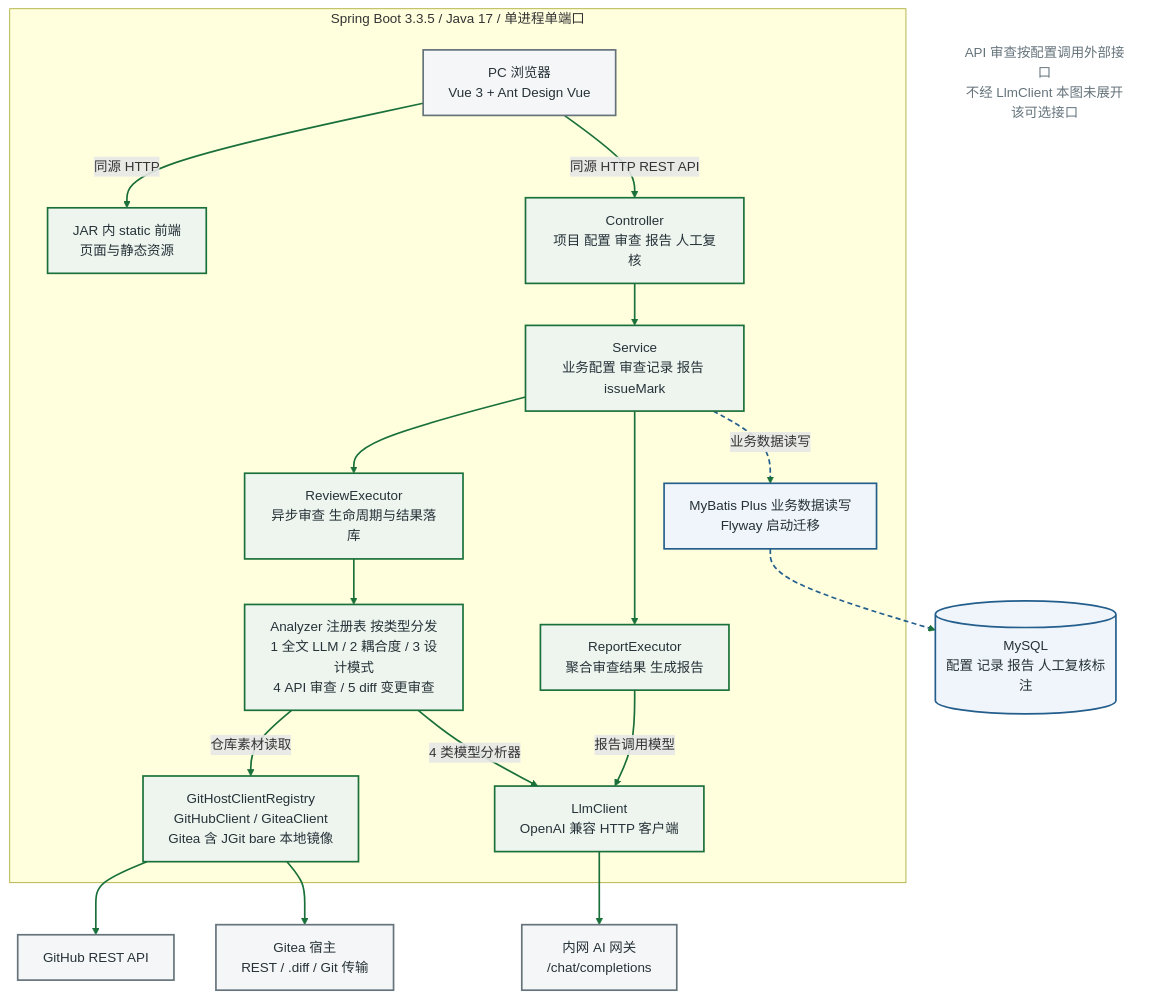
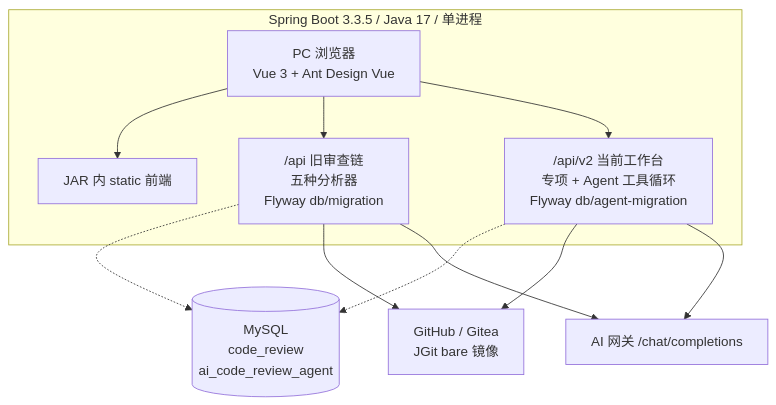
Before and after one commit to bakemonoingithub/codereview: the first of 3 diagrams in docs/delivery/dev-20261013/系统图源.md, drawn with Mermaid. The commit also changed other lines of this file and 22 other files, not shown here.

````diff
--- a/docs/delivery/dev-20261013/系统图源.md
+++ b/docs/delivery/dev-20261013/系统图源.md
@@ -19,44 +17,21 @@
 ```mermaid
 flowchart TB
   PC["PC 浏览器<br/>Vue 3 + Ant Design Vue"]
-  subgraph APP["Spring Boot 3.3.5 / Java 17 / 单进程单端口"]
-    STATIC["JAR 内 static 前端<br/>页面与静态资源"]
-    C["Controller<br/>项目 配置 审查 报告 人工复核"]
-    S["Service<br/>业务配置 审查记录 报告 issueMark"]
-    RE["ReviewExecutor<br/>异步审查 生命周期与结果落库"]
-    RPE["ReportExecutor<br/>聚合审查结果 生成报告"]
-    A["Analyzer 注册表 按类型分发<br/>1 全文 LLM / 2 耦合度 / 3 设计模式<br/>4 API 审查 / 5 diff 变更审查"]
-    G["GitHostClientRegistry<br/>GitHubClient / GiteaClient<br/>Gitea 含 JGit bare 本地镜像"]
-    MP["MyBatis Plus 业务数据读写<br/>Flyway 启动迁移"]
-    L["LlmClient<br/>OpenAI 兼容 HTTP 客户端"]
-    PC -->|同源 HTTP| STATIC
-    PC -->|同源 HTTP REST API| C
-    C --> S
-    S --> RE
-    S --> RPE
-    RE --> A
-    A -->|仓库素材读取| G
-    A -->|4 类模型分析器| L
-    RPE -->|报告调用模型| L
-    S -.->|业务数据读写| MP
+  subgraph APP["Spring Boot 3.3.5 / Java 17 / 单进程"]
+    STATIC["JAR 内 static 前端"]
+    OLD["/api 旧审查链<br/>五种分析器<br/>Flyway db/migration"]
+    NEW["/api/v2 当前工作台<br/>专项 + Agent 工具循环<br/>Flyway db/agent-migration"]
+    PC --> STATIC
+    PC --> OLD
+    PC --> NEW
   end
-  GH["GitHub REST API"]
-  GT["Gitea 宿主<br/>REST / .diff / Git 传输"]
-  DB[("MySQL<br/>配置 记录 报告 人工复核标注")]
-  AI["内网 AI 网关<br/>/chat/completions"]
-  G --> GH
-  G --> GT
-  MP -.-> DB
-  L --> AI
-  NOTE["API 审查按配置调用外部接口<br/>不经 LlmClient 本图未展开该可选接口"]
-  classDef app fill:#EEF5EF,stroke:#1A703A,color:#263238,stroke-width:2px;
-  classDef ext fill:#F5F6F7,stroke:#65737B,color:#263238,stroke-width:2px;
-  classDef store fill:#EFF5FA,stroke:#245E8D,color:#263238,stroke-width:2px;
-  classDef note fill:#FFFFFF,stroke:#FFFFFF,color:#65737B;
-  class STATIC,C,S,RE,RPE,A,G,L app;
-  class PC,GH,GT,AI ext;
-  class MP,DB store;
-  class NOTE note;
-  linkStyle default stroke:#1A703A,stroke-width:2px;
-  linkStyle 9,12 stroke:#245E8D,stroke-width:2px,stroke-dasharray:6 4;
+  DB[("MySQL<br/>code_review<br/>ai_code_review_agent")]
+  GIT["GitHub / Gitea<br/>JGit bare 镜像"]
+  AI["AI 网关 /chat/completions"]
+  OLD -.-> DB
+  NEW -.-> DB
+  NEW --> GIT
+  OLD --> GIT
+  NEW --> AI
+  OLD --> AI
 ```
````
